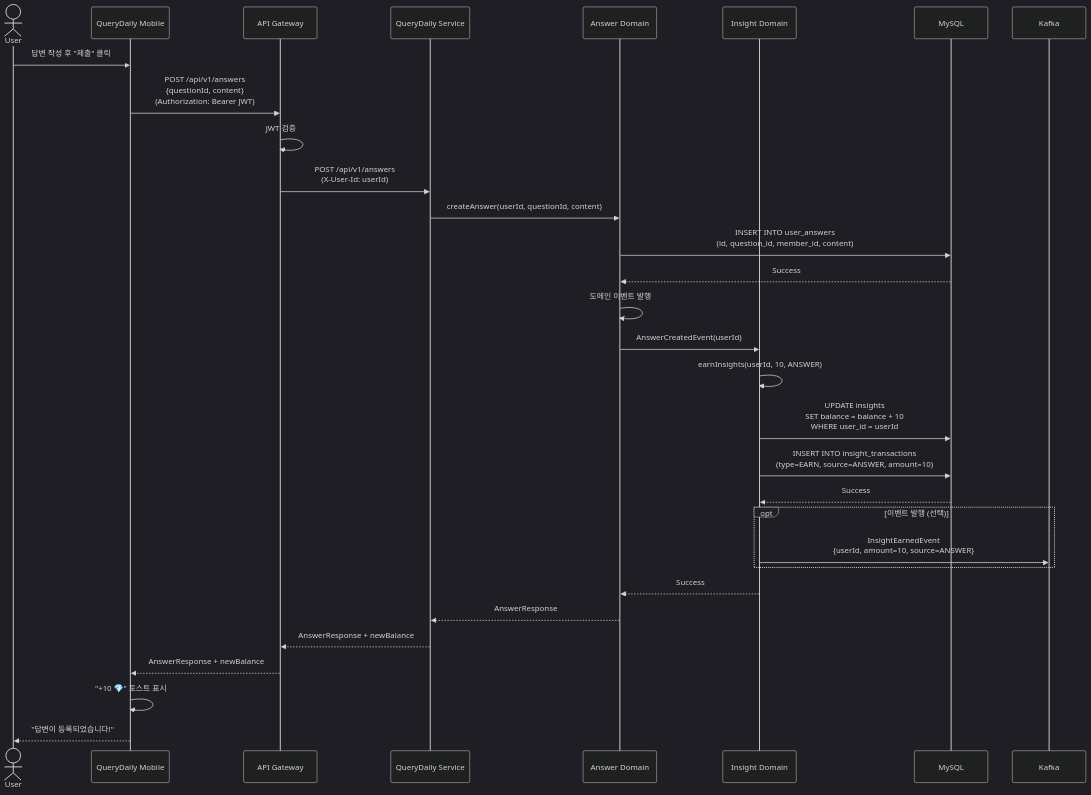
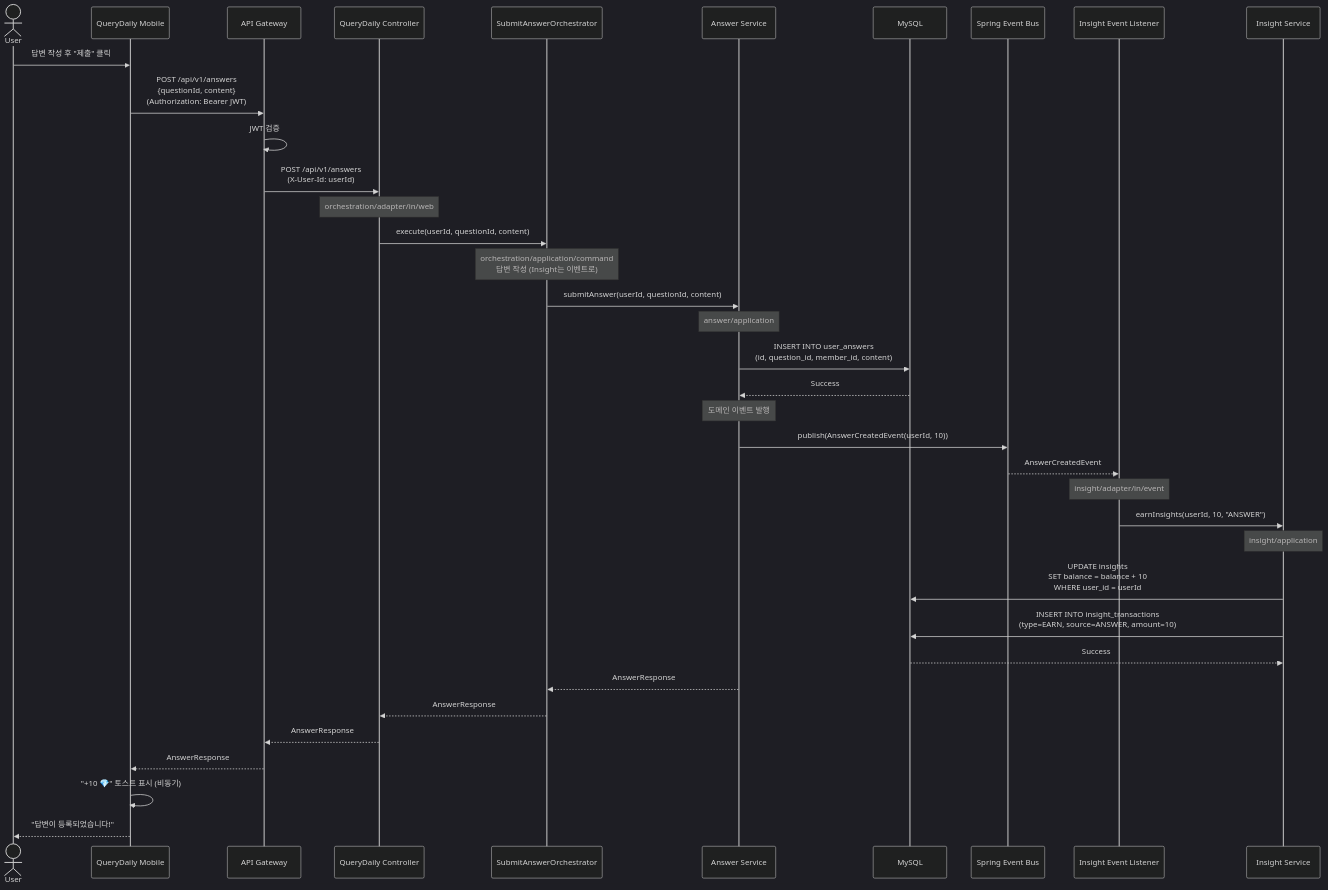
One commit to AsyncSite/querydaily-frontend changed the eighth of 12 diagrams in docs/plan/MOBILE_MVP_ROADMAP.md. Above: the diagram before and after it, drawn with Mermaid (dark theme). The commit also changed other lines of this file, not shown here.

First line of the commit message:
refactor: Update all sequence diagrams with orchestration architecture

````diff
--- a/docs/plan/MOBILE_MVP_ROADMAP.md
+++ b/docs/plan/MOBILE_MVP_ROADMAP.md
@@ -2193,38 +2193,46 @@
 ```mermaid
 sequenceDiagram
     actor User
     participant Mobile as QueryDaily Mobile
     participant Gateway as API Gateway
-    participant QDService as QueryDaily Service
-    participant AnswerDomain as Answer Domain
-    participant InsightDomain as Insight Domain
+    participant Controller as QueryDaily Controller
+    participant Orchestrator as SubmitAnswerOrchestrator
+    participant AnswerSvc as Answer Service
     participant DB as MySQL
-    participant Kafka as Kafka
+    participant EventBus as Spring Event Bus
+    participant InsightListener as Insight Event Listener
+    participant InsightSvc as Insight Service
 
     User->>Mobile: 답변 작성 후 "제출" 클릭
     Mobile->>Gateway: POST /api/v1/answers<br/>{questionId, content}<br/>(Authorization: Bearer JWT)
     Gateway->>Gateway: JWT 검증
-    Gateway->>QDService: POST /api/v1/answers<br/>(X-User-Id: userId)
+    Gateway->>Controller: POST /api/v1/answers<br/>(X-User-Id: userId)
 
-    QDService->>AnswerDomain: createAnswer(userId, questionId, content)
-    AnswerDomain->>DB: INSERT INTO user_answers<br/>(id, question_id, member_id, content)
-    DB-->>AnswerDomain: Success
-    AnswerDomain->>AnswerDomain: 도메인 이벤트 발행
-    AnswerDomain->>InsightDomain: AnswerCreatedEvent(userId)
+    Note over Controller: orchestration/adapter/in/web
+    Controller->>Orchestrator: execute(userId, questionId, content)
 
-    InsightDomain->>InsightDomain: earnInsights(userId, 10, ANSWER)
-    InsightDomain->>DB: UPDATE insights<br/>SET balance = balance + 10<br/>WHERE user_id = userId
-    InsightDomain->>DB: INSERT INTO insight_transactions<br/>(type=EARN, source=ANSWER, amount=10)
-    DB-->>InsightDomain: Success
+    Note over Orchestrator: orchestration/application/command<br/>답변 작성 (Insight는 이벤트로)
 
-    opt 이벤트 발행 (선택)
-        InsightDomain->>Kafka: InsightEarnedEvent<br/>{userId, amount=10, source=ANSWER}
-    end
+    Orchestrator->>AnswerSvc: submitAnswer(userId, questionId, content)
+    Note over AnswerSvc: answer/application
+    AnswerSvc->>DB: INSERT INTO user_answers<br/>(id, question_id, member_id, content)
+    DB-->>AnswerSvc: Success
 
-    InsightDomain-->>AnswerDomain: Success
-    AnswerDomain-->>QDService: AnswerResponse
-    QDService-->>Gateway: AnswerResponse + newBalance
-    Gateway-->>Mobile: AnswerResponse + newBalance
-    Mobile->>Mobile: "+10 💎" 토스트 표시
+    Note over AnswerSvc: 도메인 이벤트 발행
+    AnswerSvc->>EventBus: publish(AnswerCreatedEvent(userId, 10))
+
+    EventBus-->>InsightListener: AnswerCreatedEvent
+    Note over InsightListener: insight/adapter/in/event
+    InsightListener->>InsightSvc: earnInsights(userId, 10, "ANSWER")
+    Note over InsightSvc: insight/application
+    InsightSvc->>DB: UPDATE insights<br/>SET balance = balance + 10<br/>WHERE user_id = userId
+    InsightSvc->>DB: INSERT INTO insight_transactions<br/>(type=EARN, source=ANSWER, amount=10)
+    DB-->>InsightSvc: Success
+
+    AnswerSvc-->>Orchestrator: AnswerResponse
+    Orchestrator-->>Controller: AnswerResponse
+    Controller-->>Gateway: AnswerResponse
+    Gateway-->>Mobile: AnswerResponse
+    Mobile->>Mobile: "+10 💎" 토스트 표시 (비동기)
     Mobile-->>User: "답변이 등록되었습니다!"
 ```
````
